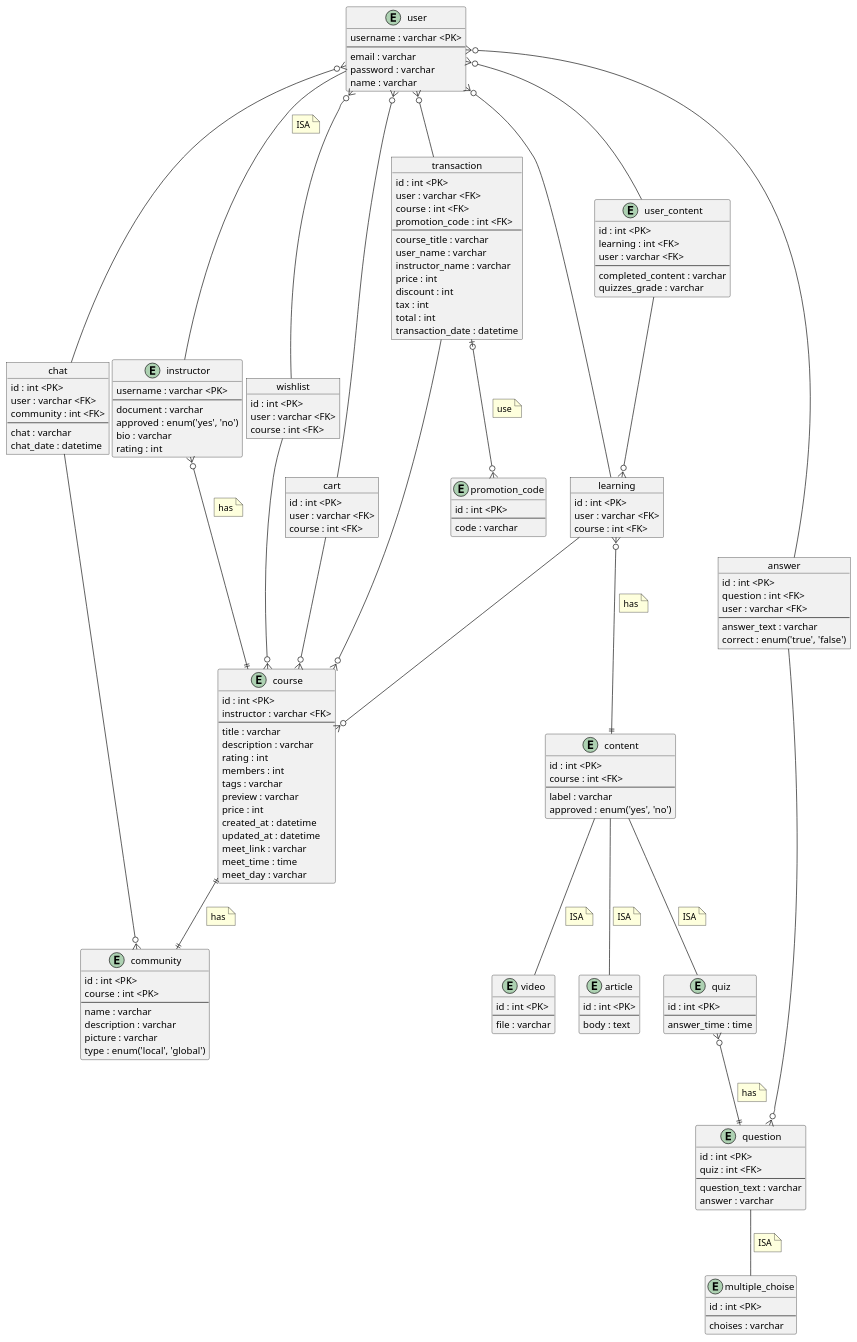
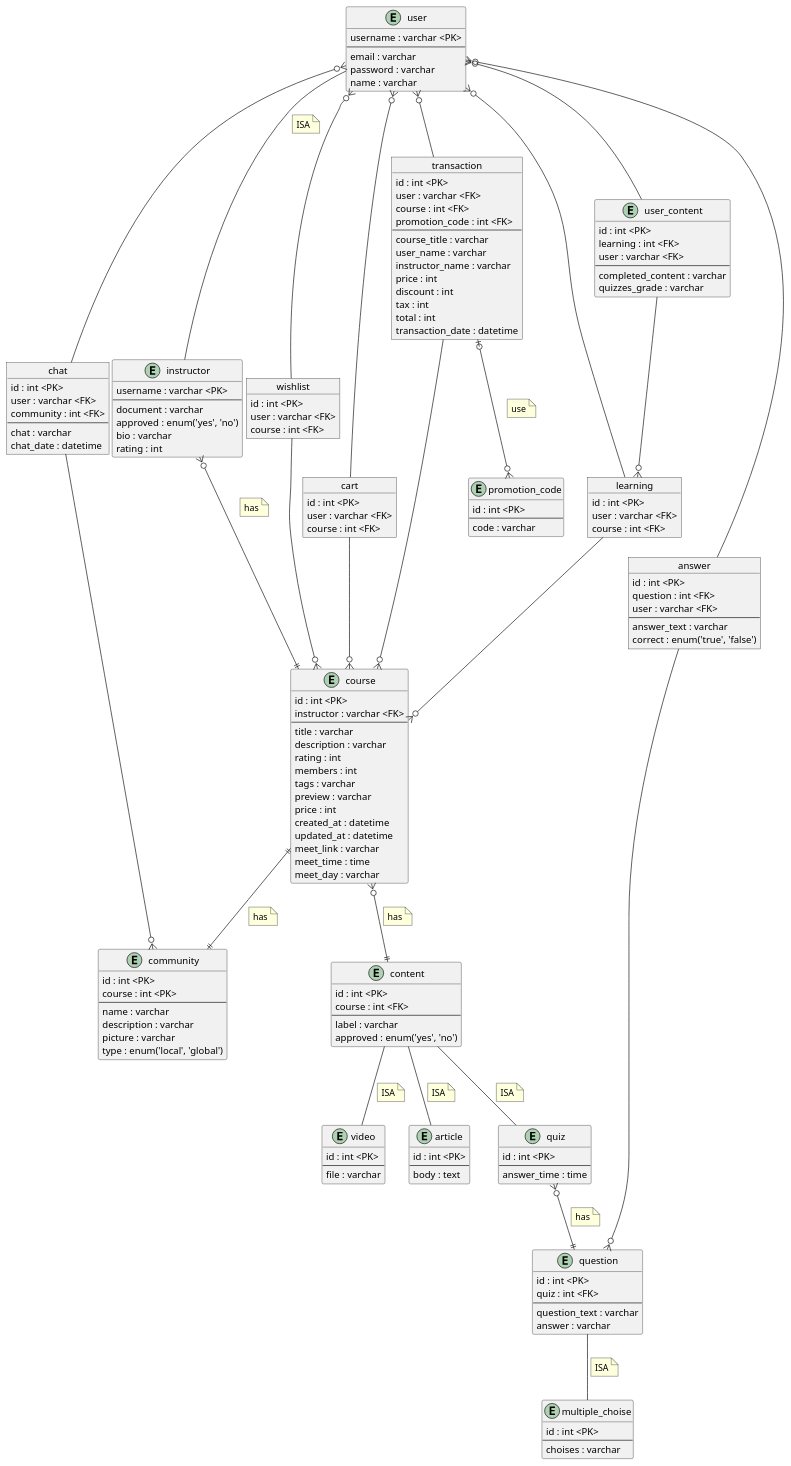
Before and after one commit to iqmalakur/LearNteach: the diagram in docs/diagrams/entity-relationship.puml, drawn with PlantUML. The commit also changed 2 other files, not shown here.

Commit message:
Create Learning Relation Model

```diff
--- a/docs/diagrams/entity-relationship.puml
+++ b/docs/diagrams/entity-relationship.puml
@@ -173,7 +173,7 @@
 user }o-- transaction
 transaction --o{ course
 
-learning }o--|| content
+course }o--|| content
 note on link
     has
 end note
```
